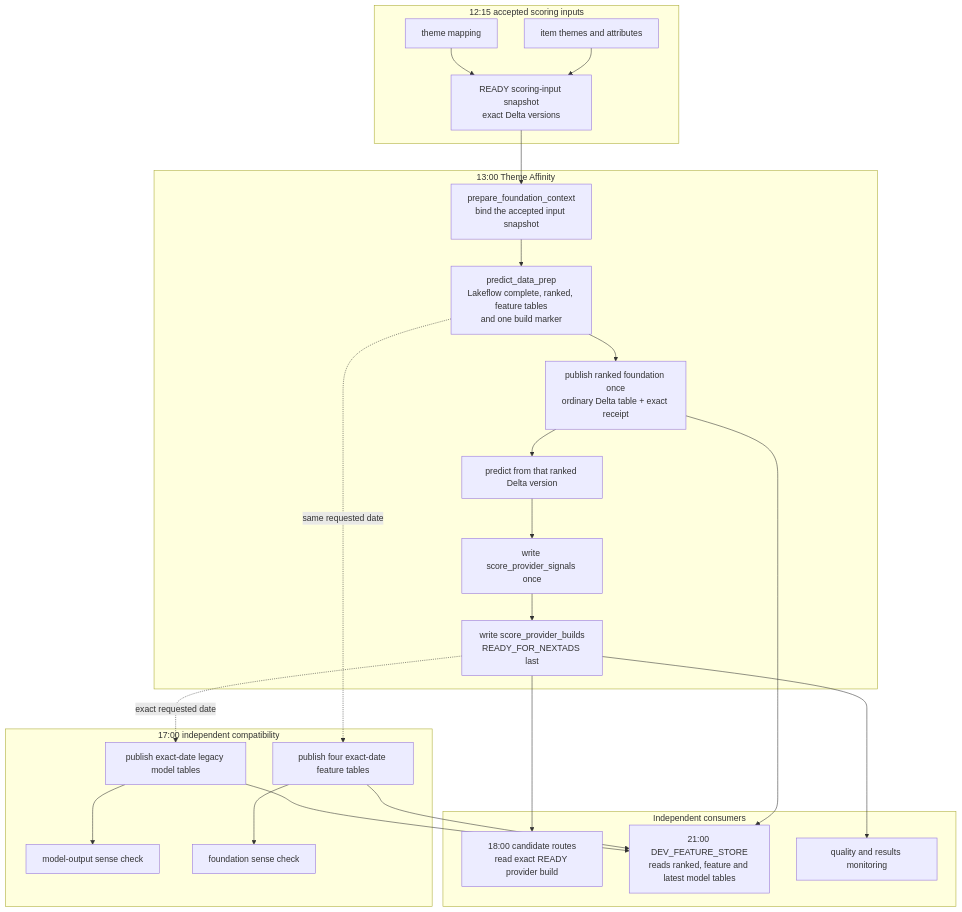
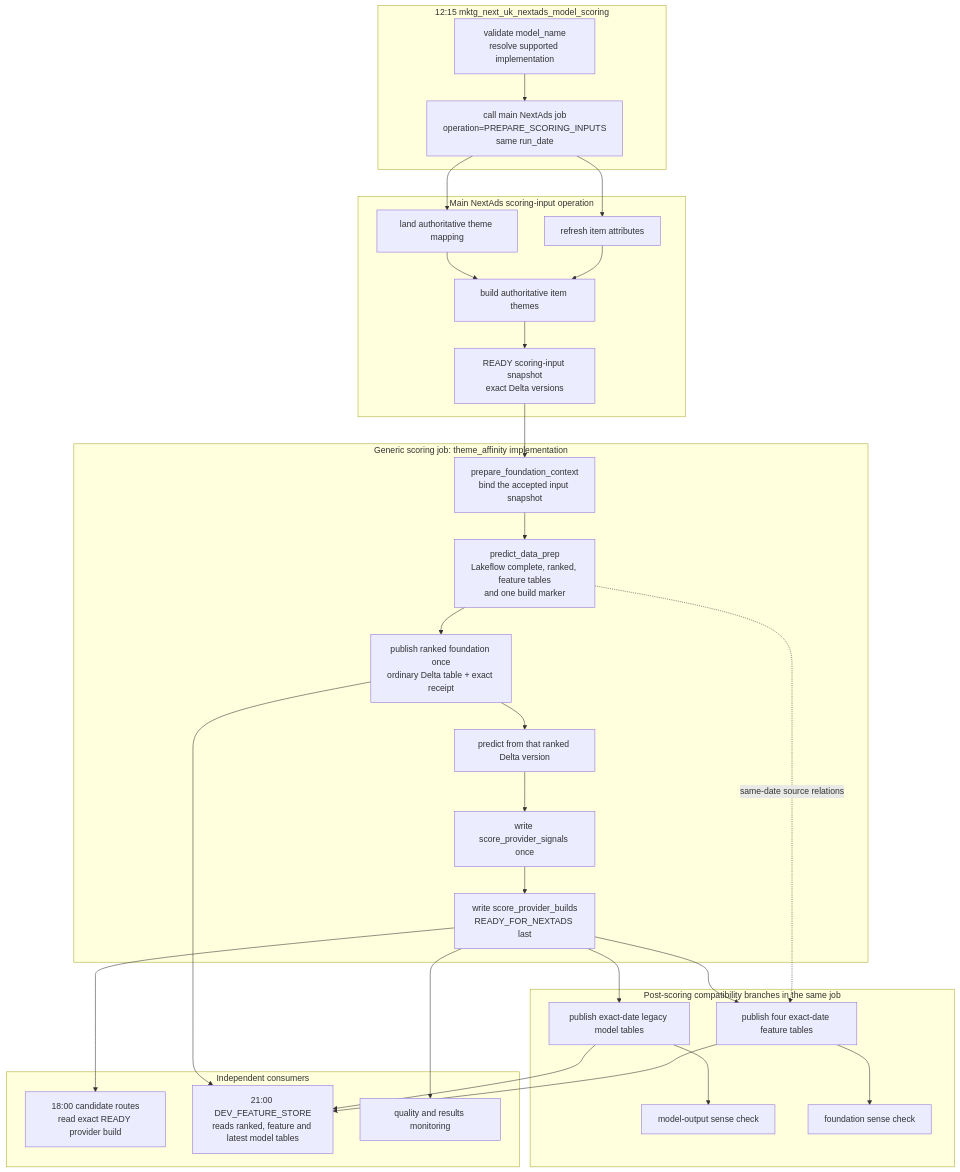
One commit to swblain-glyndwr/personal_project changed the diagram in docs/architecture/theme_affinity_operational_flow.md. Above: the diagram before and after it, drawn with Mermaid. The commit also changed other lines of this file and 26 other files, not shown here.

Commit message:
Consolidate scheduled model scoring and feature sources

````diff
--- a/docs/architecture/theme_affinity_operational_flow.md
+++ b/docs/architecture/theme_affinity_operational_flow.md
@@ -5,44 +5,54 @@
 ```mermaid
 flowchart TD
-  subgraph inputs["12:15 accepted scoring inputs"]
-    theme_mapping["theme mapping"]
-    item_themes["item themes and attributes"]
-    input_ready["READY scoring-input snapshot<br/>exact Delta versions"]
-    theme_mapping --> input_ready
-    item_themes --> input_ready
+  subgraph scoring_job["12:15 mktg_next_uk_nextads_model_scoring"]
+    validate["validate model_name<br/>resolve supported implementation"]
+    call_inputs["call main NextAds job<br/>operation=PREPARE_SCORING_INPUTS<br/>same run_date"]
+    validate --> call_inputs
   end
 
-  subgraph provider["13:00 Theme Affinity"]
+  subgraph inputs["Main NextAds scoring-input operation"]
+    theme_mapping["land authoritative theme mapping"]
+    attributes["refresh item attributes"]
+    item_themes["build authoritative item themes"]
+    input_ready["READY scoring-input snapshot<br/>exact Delta versions"]
+    theme_mapping --> item_themes
+    attributes --> item_themes --> input_ready
+  end
+
+  subgraph provider["Generic scoring job: theme_affinity implementation"]
     context["prepare_foundation_context<br/>bind the accepted input snapshot"]
     lakeflow["predict_data_prep<br/>Lakeflow complete, ranked, feature tables<br/>and one build marker"]
     ranked["publish ranked foundation once<br/>ordinary Delta table + exact receipt"]
     predict["predict from that ranked Delta version"]
     signals["write score_provider_signals once"]
     ready["write score_provider_builds<br/>READY_FOR_NEXTADS last"]
     context --> lakeflow --> ranked --> predict --> signals --> ready
   end
 
-  subgraph compatibility["17:00 independent compatibility"]
+  subgraph compatibility["Post-scoring compatibility branches in the same job"]
     legacy["publish exact-date legacy model tables"]
     feature_copy["publish four exact-date feature tables"]
     model_check["model-output sense check"]
     foundation_check["foundation sense check"]
     legacy --> model_check
     feature_copy --> foundation_check
   end
 
   subgraph consumers["Independent consumers"]
     candidate["18:00 candidate routes<br/>read exact READY provider build"]
     feature_store["21:00 DEV_FEATURE_STORE<br/>reads ranked, feature and latest model tables"]
     monitoring["quality and results monitoring"]
   end
 
+  call_inputs --> theme_mapping
+  call_inputs --> attributes
   input_ready --> context
   ready --> candidate
-  ready -. exact requested date .-> legacy
-  lakeflow -. same requested date .-> feature_copy
+  ready --> legacy
+  ready --> feature_copy
+  lakeflow -. same-date source relations .-> feature_copy
   ranked --> feature_store
   legacy --> feature_store
   feature_copy --> feature_store
   ready --> monitoring
 ```
````
